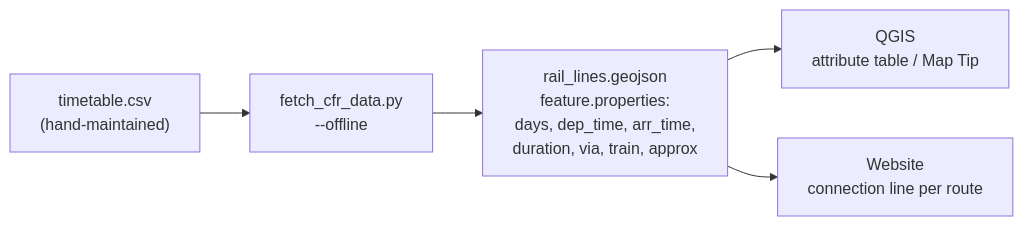
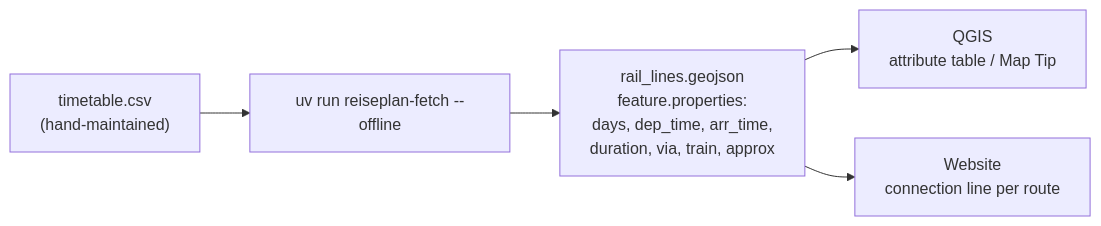
The fourth of 5 diagrams in docs/06_cfr_data_fetch.md (yuszuv/ulmer-schachtel), drawn with Mermaid before and after one commit. The commit also changed other lines of this file and 5 other files, not shown here.

````diff
--- a/docs/06_cfr_data_fetch.md
+++ b/docs/06_cfr_data_fetch.md
@@ -239,10 +264,10 @@
 ```mermaid
 flowchart LR
     TT["timetable.csv\n(hand-maintained)"]
-    FP["fetch_cfr_data.py\n--offline"]
+    FP["uv run reiseplan-fetch --offline"]
     RL["rail_lines.geojson\nfeature.properties:\n  days, dep_time, arr_time,\n  duration, via, train, approx"]
     QGIS["QGIS\nattribute table / Map Tip"]
     WEB["Website\nconnection line per route"]
 
     TT --> FP --> RL --> QGIS & WEB
 ```
````
